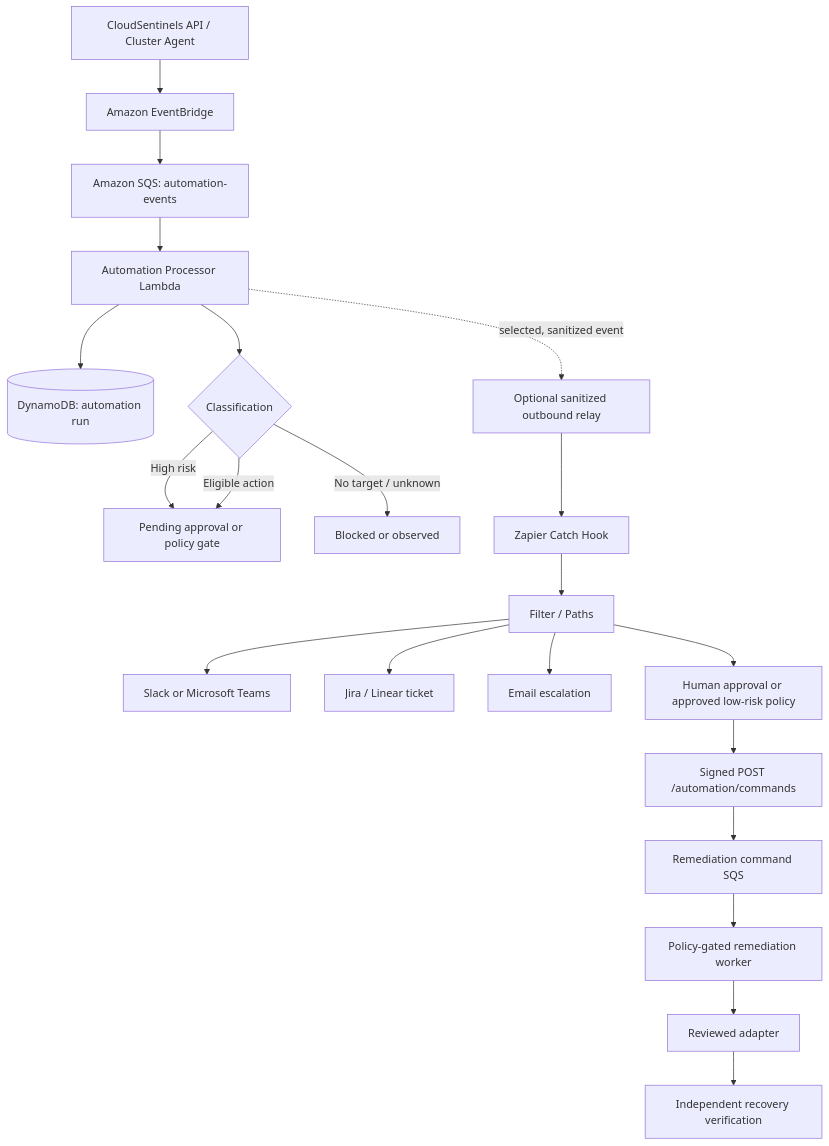
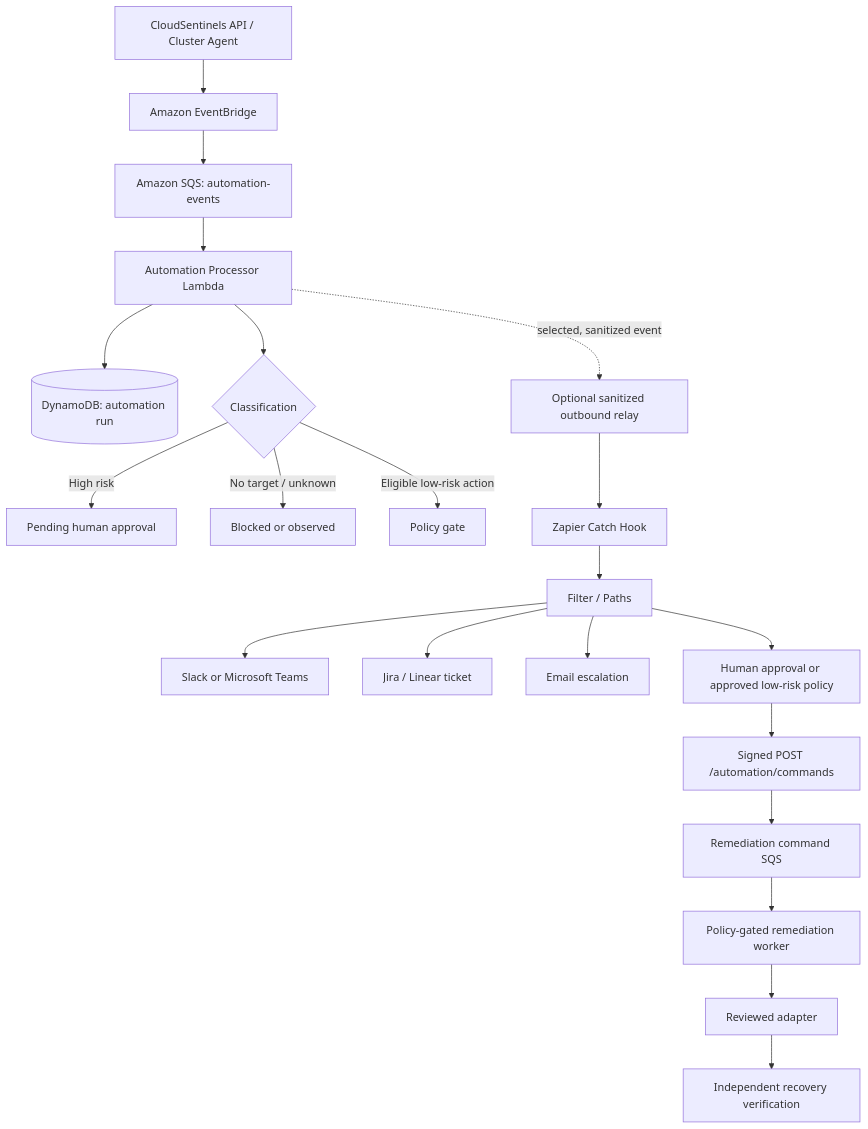
One commit to ABHILASH9519/cloudsentinels changed the diagram in deploy/automation/ZAPIER.md. Above: the diagram before and after it, drawn with Mermaid. The commit also changed other lines of this file, not shown here.

Commit message:
Clarify automation classification and execution queue timing

````diff
--- a/deploy/automation/ZAPIER.md
+++ b/deploy/automation/ZAPIER.md
@@ -14,23 +14,23 @@
 ```mermaid
 flowchart TD
   A[CloudSentinels API / Cluster Agent] --> B[Amazon EventBridge]
   B --> C[Amazon SQS: automation-events]
   C --> D[Automation Processor Lambda]
   D --> E[(DynamoDB: automation run)]
   D --> F{Classification}
   F -->|High risk| G[Pending human approval]
   F -->|No target / unknown| H[Blocked or observed]
-  F -->|Eligible action| G[Pending approval or policy gate]
+  F -->|Eligible low-risk action| I[Policy gate]
   D -. selected, sanitized event .-> J[Optional sanitized outbound relay]
   J --> K[Zapier Catch Hook]
   K --> L[Filter / Paths]
   L --> M[Slack or Microsoft Teams]
   L --> N[Jira / Linear ticket]
   L --> O[Email escalation]
   L --> P[Human approval or approved low-risk policy]
   P --> Q[Signed POST /automation/commands]
   Q --> R[Remediation command SQS]
   R --> S[Policy-gated remediation worker]
   S --> T[Reviewed adapter]
   T --> U[Independent recovery verification]
 ```
````
